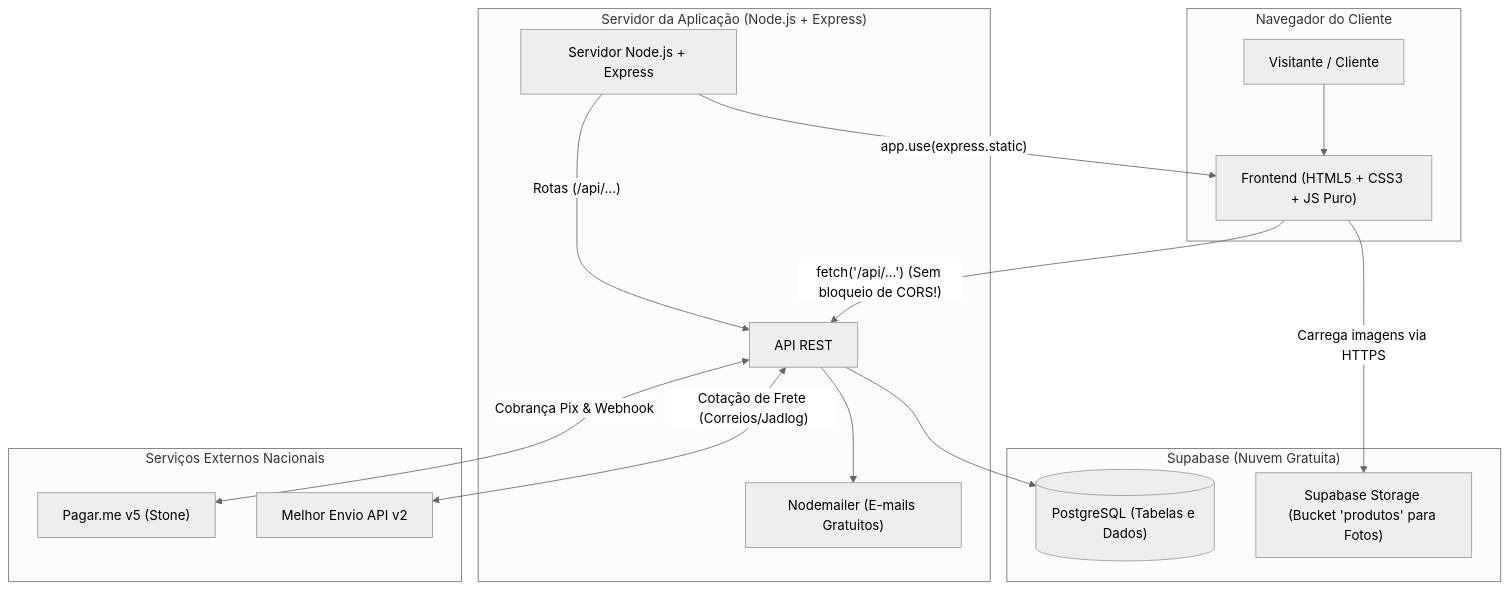
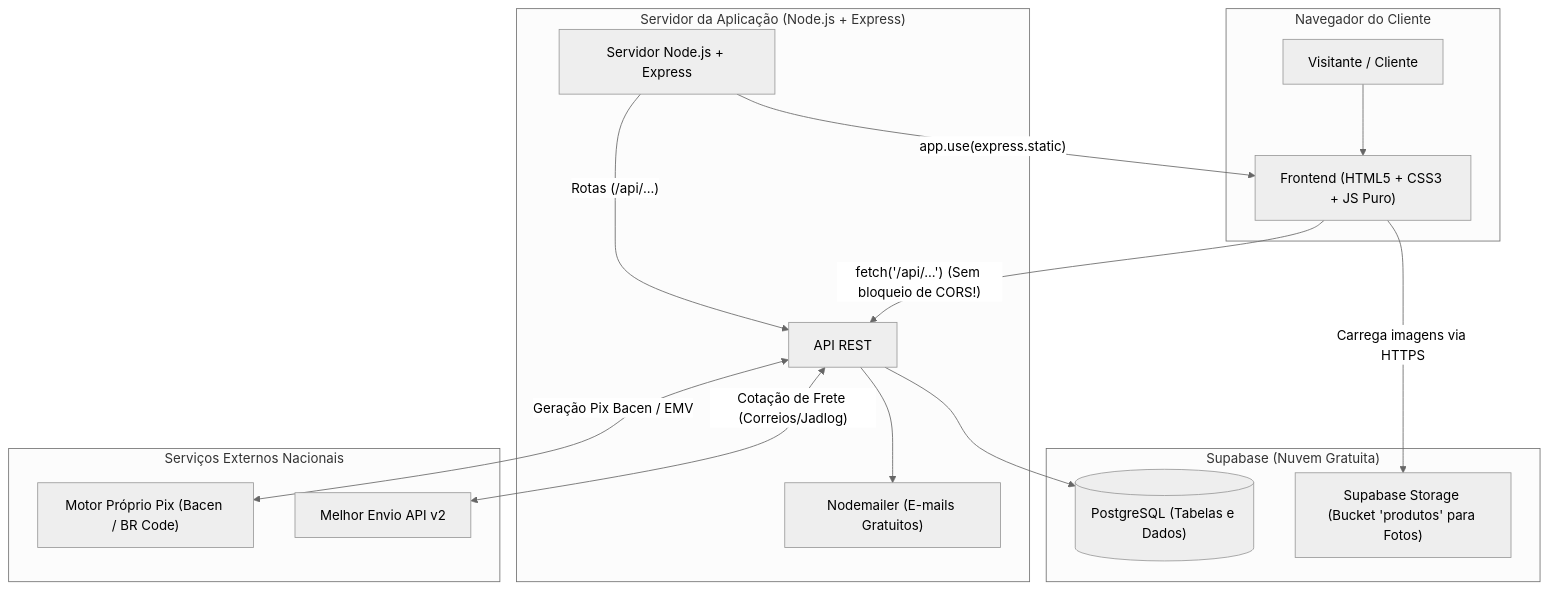
The first of 2 diagrams in DIRETRIZES_DO_PROJETO.md (FelipeGardenghiDev/canivete-da-roca-pi2), drawn with Mermaid (neutral theme) before and after one commit. The commit also changed other lines of this file and 8 other files, not shown here.

Commit message:
docs(pix): alinha documentacao e backend para motor nativo Pix Bacen/EMV substituindo Pagar.me

````diff
--- a/DIRETRIZES_DO_PROJETO.md
+++ b/DIRETRIZES_DO_PROJETO.md
@@ -22,26 +22,26 @@
 ```mermaid
 flowchart TD
     subgraph Cliente ["Navegador do Cliente"]
         User["Visitante / Cliente"] --> Telas["Frontend (HTML5 + CSS3 + JS Puro)"]
     end
 
     subgraph AppServer ["Servidor da Aplicação (Node.js + Express)"]
         ServerExpress["Servidor Node.js + Express"]
         ServerExpress -->|"app.use(express.static)"| Telas
         ServerExpress -->|"Rotas (/api/...)"| API["API REST"]
         API --> Mailer["Nodemailer (E-mails Gratuitos)"]
     end
 
     subgraph NuvemSupabase ["Supabase (Nuvem Gratuita)"]
         API --> DB[("PostgreSQL (Tabelas e Dados)")]
         Storage["Supabase Storage (Bucket 'produtos' para Fotos)"]
         Telas -->|"Carrega imagens via HTTPS"| Storage
     end
 
     subgraph Integracoes ["Serviços Externos Nacionais"]
-        API <-->|"Cobrança Pix & Webhook"| Pagarme["Pagar.me v5 (Stone)"]
+        API <-->|"Geração Pix Bacen / EMV"| EnginePix["Motor Próprio Pix (Bacen / BR Code)"]
         API <-->|"Cotação de Frete (Correios/Jadlog)"| MelhorEnvio["Melhor Envio API v2"]
     end
 
     Telas -->|"fetch('/api/...') (Sem bloqueio de CORS!)"| API
 ```
````
